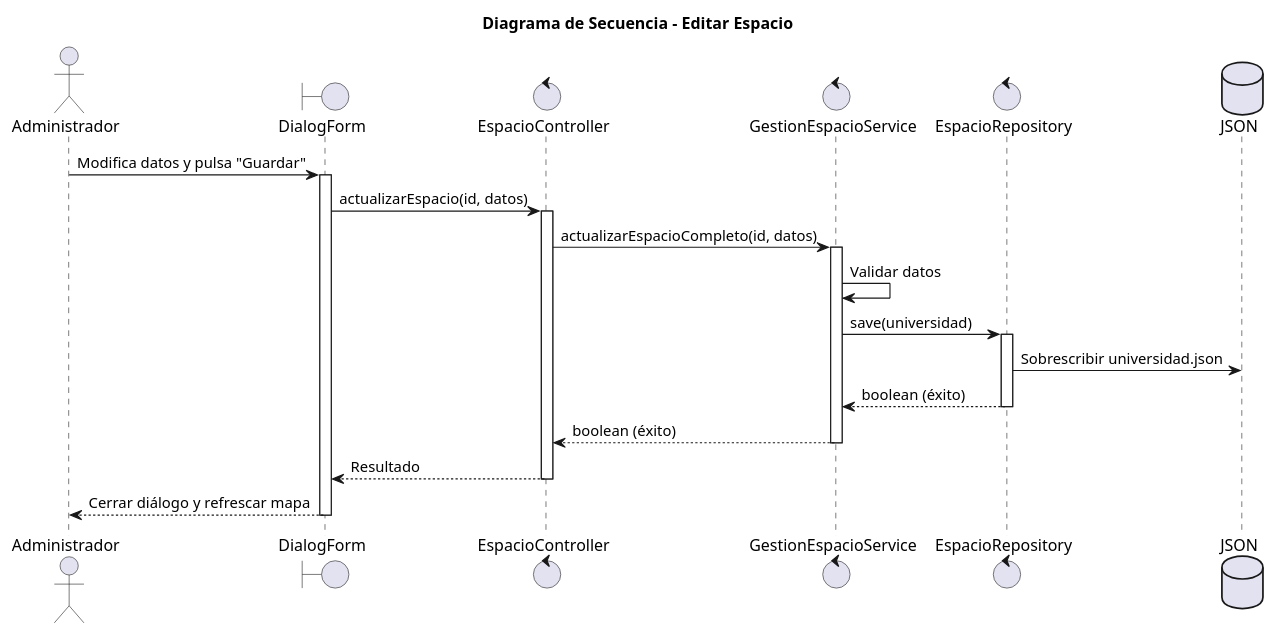
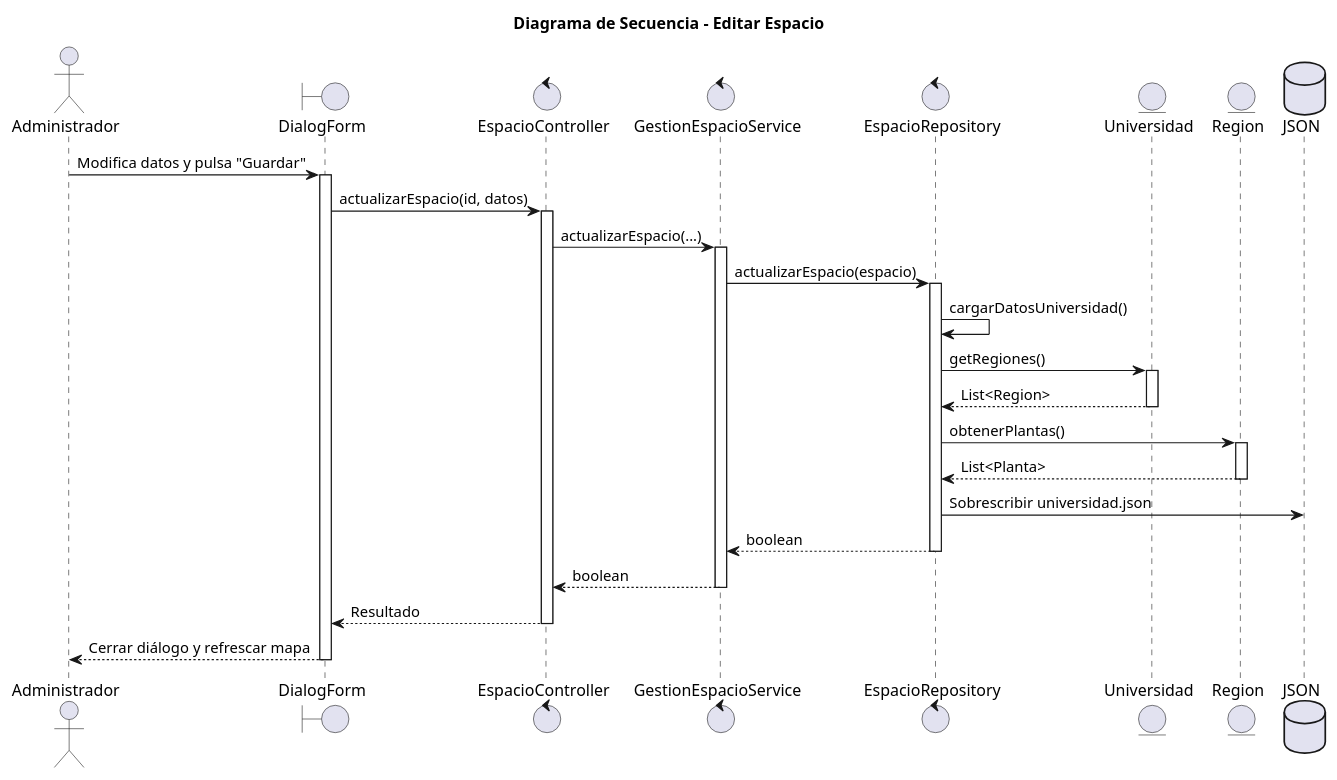
Before and after one commit to mmasias/25-26-idsw2-sdVC: the diagram in modelosUML/02-diseño/00-Administrador/editarEspacio/secuencia.puml, drawn with PlantUML. The commit also changed 36 other files, not shown here.

Commit message:
refactor(uml):update design diagrams and specs with new functions

```diff
--- a/modelosUML/02-diseño/00-Administrador/editarEspacio/secuencia.puml
+++ b/modelosUML/02-diseño/00-Administrador/editarEspacio/secuencia.puml
@@ -1,30 +1,40 @@
 @startuml
 title "Diagrama de Secuencia - Editar Espacio"
 
 actor "Administrador" as admin
 boundary "DialogForm" as view
 control "EspacioController" as controller
 control "GestionEspacioService" as service
 control "EspacioRepository" as repository
+entity "Universidad" as uni
+entity "Region" as reg
 database "JSON" as db
 
 admin -> view: Modifica datos y pulsa "Guardar"
 activate view
 view -> controller: actualizarEspacio(id, datos)
 activate controller
-controller -> service: actualizarEspacioCompleto(id, datos)
+controller -> service: actualizarEspacio(...)
 activate service
-service -> service: Validar datos
-service -> repository: save(universidad)
+service -> repository: actualizarEspacio(espacio)
 activate repository
+repository -> repository: cargarDatosUniversidad()
+repository -> uni: getRegiones()
+activate uni
+uni --> repository: List<Region>
+deactivate uni
+repository -> reg: obtenerPlantas()
+activate reg
+reg --> repository: List<Planta>
+deactivate reg
 repository -> db: Sobrescribir universidad.json
-repository --> service: boolean (éxito)
+repository --> service: boolean
 deactivate repository
-service --> controller: boolean (éxito)
+service --> controller: boolean
 deactivate service
 controller --> view: Resultado
 deactivate controller
 view --> admin: Cerrar diálogo y refrescar mapa
 deactivate view
 
 @enduml
```
